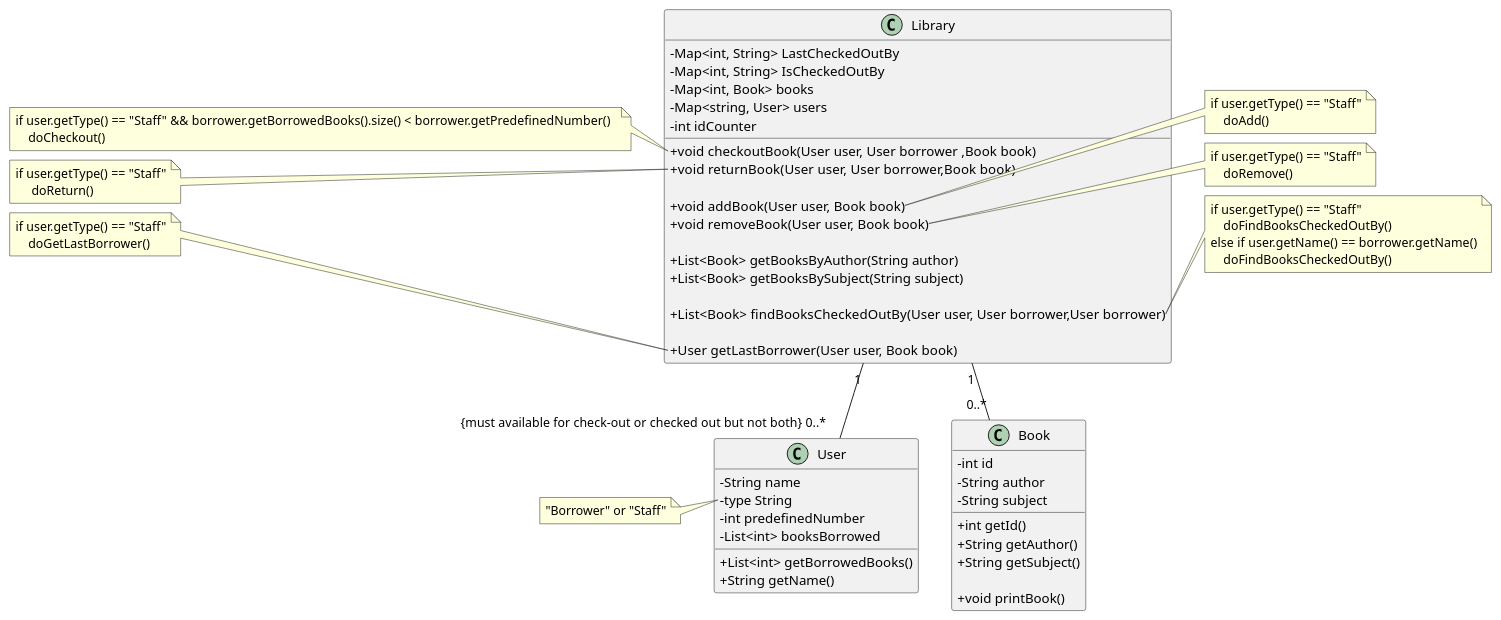
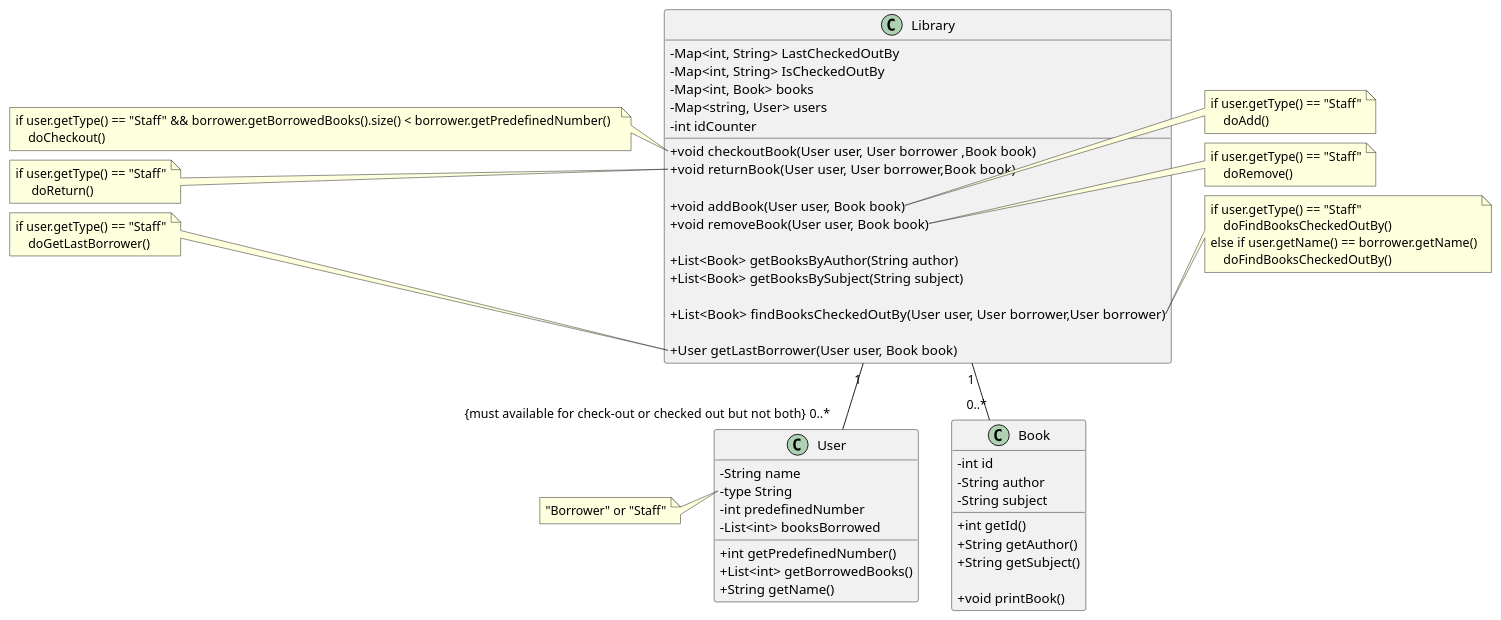
The diagram in uml/uml-4.puml (MarkLai0317/Software-Engineering-Midterm), drawn with PlantUML before and after one commit.

Commit message:
add getPredefinedNumber

```diff
--- a/uml/uml-4.puml
+++ b/uml/uml-4.puml
@@ -1,91 +1,92 @@
 @startuml
 skinparam classAttributeIconSize 0
 
 class Book{
     -int id
     -String author
     -String subject
 
     +int getId()
     +String getAuthor()
     +String getSubject()
 
     +void printBook()
 }
 
 class User{
     -String name
     -type String
     -int predefinedNumber
     -List<int> booksBorrowed
+    +int getPredefinedNumber()
     +List<int> getBorrowedBooks()
     +String getName()
 }
 note left of User::type
     "Borrower" or "Staff"
 end note
 
 
 class Library{
 
     'store last borrower of a book'
     -Map<int, String> LastCheckedOutBy 
     -Map<int, String> IsCheckedOutBy
     -Map<int, Book> books
     -Map<string, User> users
     -int idCounter
 
 
     +void checkoutBook(User user, User borrower ,Book book)
     +void returnBook(User user, User borrower,Book book)
 
     +void addBook(User user, Book book)
     +void removeBook(User user, Book book)
 
     +List<Book> getBooksByAuthor(String author)
     +List<Book> getBooksBySubject(String subject)
 
     +List<Book> findBooksCheckedOutBy(User user, User borrower,User borrower)
 
     +User getLastBorrower(User user, Book book)
 
 }
 
 Library "1" -- "0..*" Book
 Library "1" -- "{must available for check-out or checked out but not both}  0..*" User
 
 note left of  Library::checkoutBook
     if user.getType() == "Staff" && borrower.getBorrowedBooks().size() < borrower.getPredefinedNumber()  
         doCheckout()
 end note
 
 
 note left of  Library::returnBook
    if user.getType() == "Staff"
         doReturn()
 end note
 
 note right of Library::addBook
     if user.getType() == "Staff"
         doAdd()
 end note
 
 note right of Library::removeBook
     if user.getType() == "Staff"
         doRemove()
 end note
 
 note right of Library::findBooksCheckedOutBy
     if user.getType() == "Staff"
         doFindBooksCheckedOutBy()
     else if user.getName() == borrower.getName()
         doFindBooksCheckedOutBy()
 end note
 
 note left of Library::getLastBorrower
     if user.getType() == "Staff"
         doGetLastBorrower()
 end note
 
 
 @enduml
```
